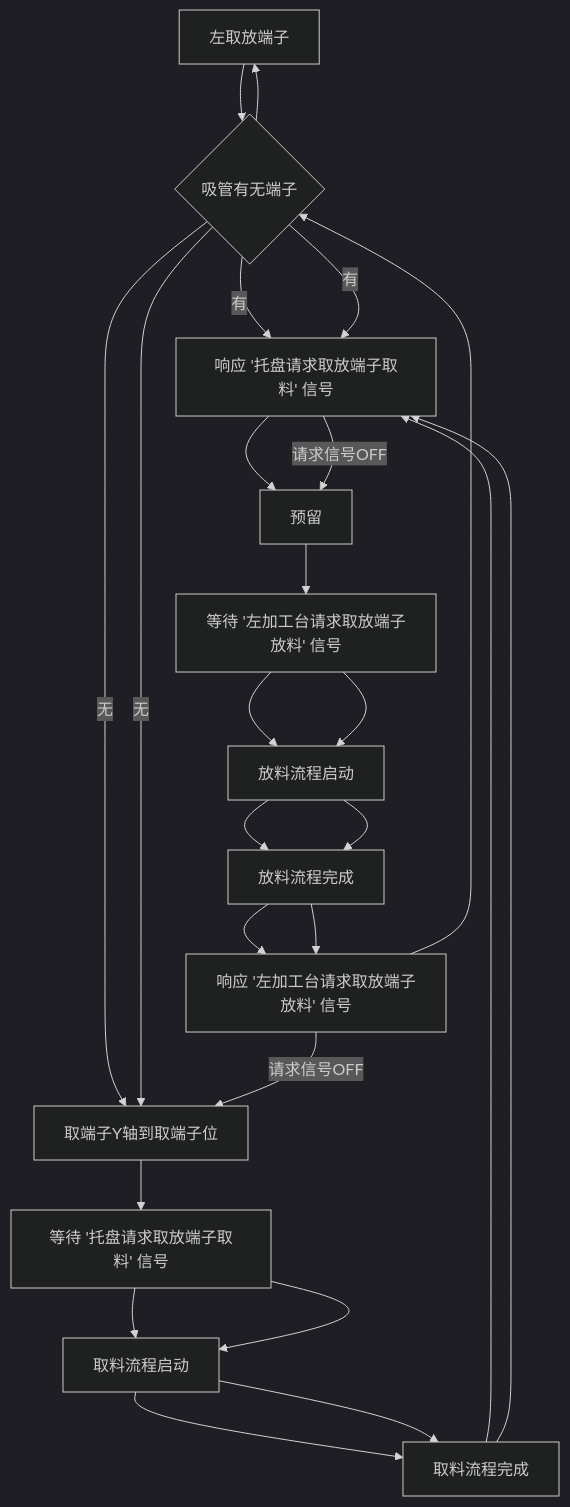
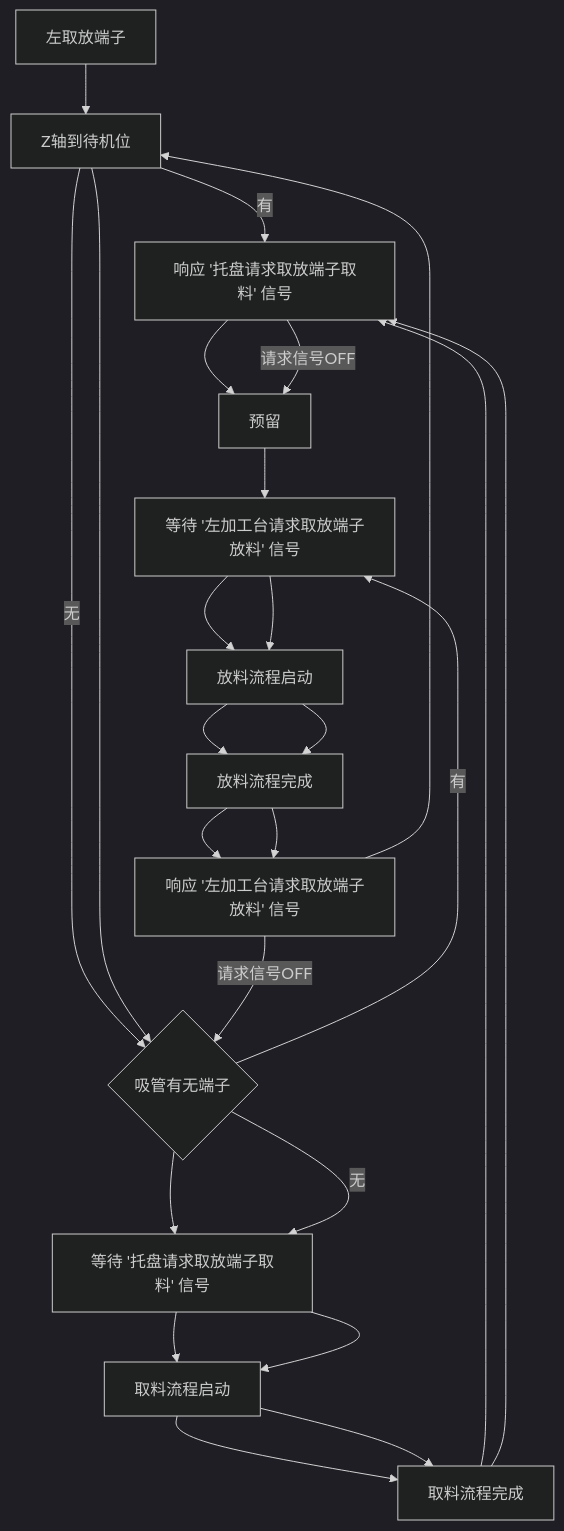
One commit to zmq000/iodraw-files changed the diagram in all/VR-OP90左取放端子.md. Above: the diagram before and after it, drawn with Mermaid (dark theme).

Commit message:
2026-06-18 11:32:12 update

````diff
--- a/all/VR-OP90左取放端子.md
+++ b/all/VR-OP90左取放端子.md
@@ -1,28 +1,28 @@
 ```mermaid
 graph TD
 0[左取放端子]-->10
 10{吸管有无端子}-->|有|60
 10-->|无|20
 20[取端子Y轴到取端子位]-->30
 30[托盘X轴到取端子位]-->40
 40[取端子Z轴到取端子位]-->50
 50[启动吸盘]-->60
 60[取端子Z轴到待机位]-->70
 70[预留]-->80
 80[取端子Y轴到放端子位]-->90
 90[取端子Z轴到放端子位]-->100
 100[松开吸盘]-->110
 110[取端子Z轴到待机位]-->10
 
-10[Z轴到待机位]-->0
-10{吸管有无端子}-->|有|60
-10-->|无|20
+10[Z轴到待机位]-->20
+20{吸管有无端子}-->|有|80
+20-->|无|30
 30[等待 '托盘请求取放端子取料' 信号]-->40
 40[取料流程启动]-->50
 50[取料流程完成]-->60
 60[响应 '托盘请求取放端子取料' 信号]-->|请求信号OFF|70
 80[等待 '左加工台请求取放端子放料' 信号]-->90
 90[放料流程启动]-->100
 100[放料流程完成]-->110
 110[响应 '左加工台请求取放端子放料' 信号]-->|请求信号OFF|20
 ```
````
